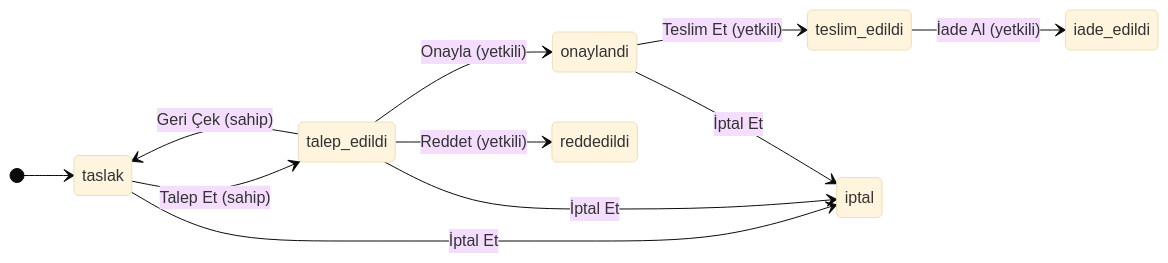
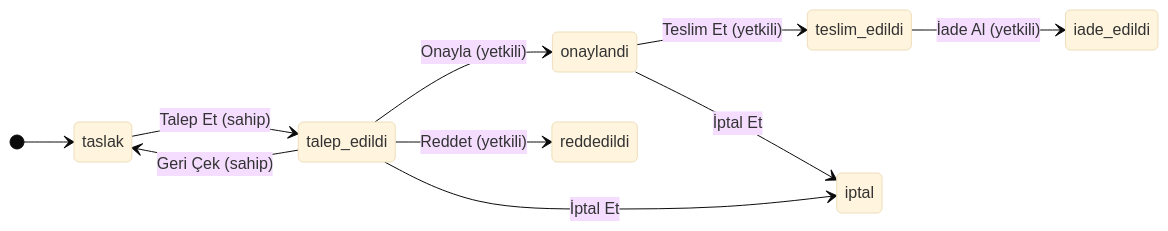
One commit to onurbcoban/ekipman-zimmet-case-study changed the second of 2 diagrams in README.md. Above: the diagram before and after it, drawn with Mermaid (base theme). The commit also changed other lines of this file and 3 other files, not shown here.

````diff
--- a/README.md
+++ b/README.md
@@ -65,14 +65,13 @@
 ```mermaid
 stateDiagram-v2
     direction LR
     [*] --> taslak
     taslak --> talep_edildi: Talep Et (sahip)
     talep_edildi --> taslak: Geri Çek (sahip)
     talep_edildi --> onaylandi: Onayla (yetkili)
     talep_edildi --> reddedildi: Reddet (yetkili)
     onaylandi --> teslim_edildi: Teslim Et (yetkili)
     teslim_edildi --> iade_edildi: İade Al (yetkili)
-    taslak --> iptal: İptal Et
     talep_edildi --> iptal: İptal Et
     onaylandi --> iptal: İptal Et
 ```
````
